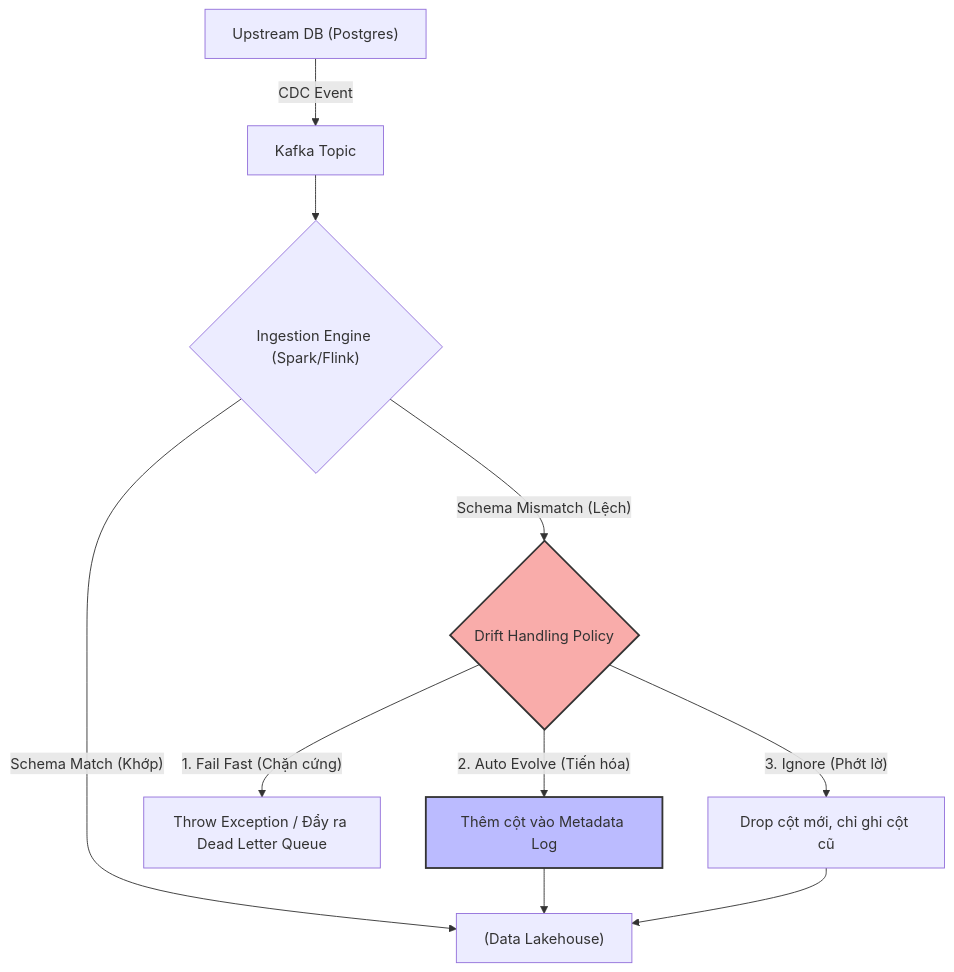
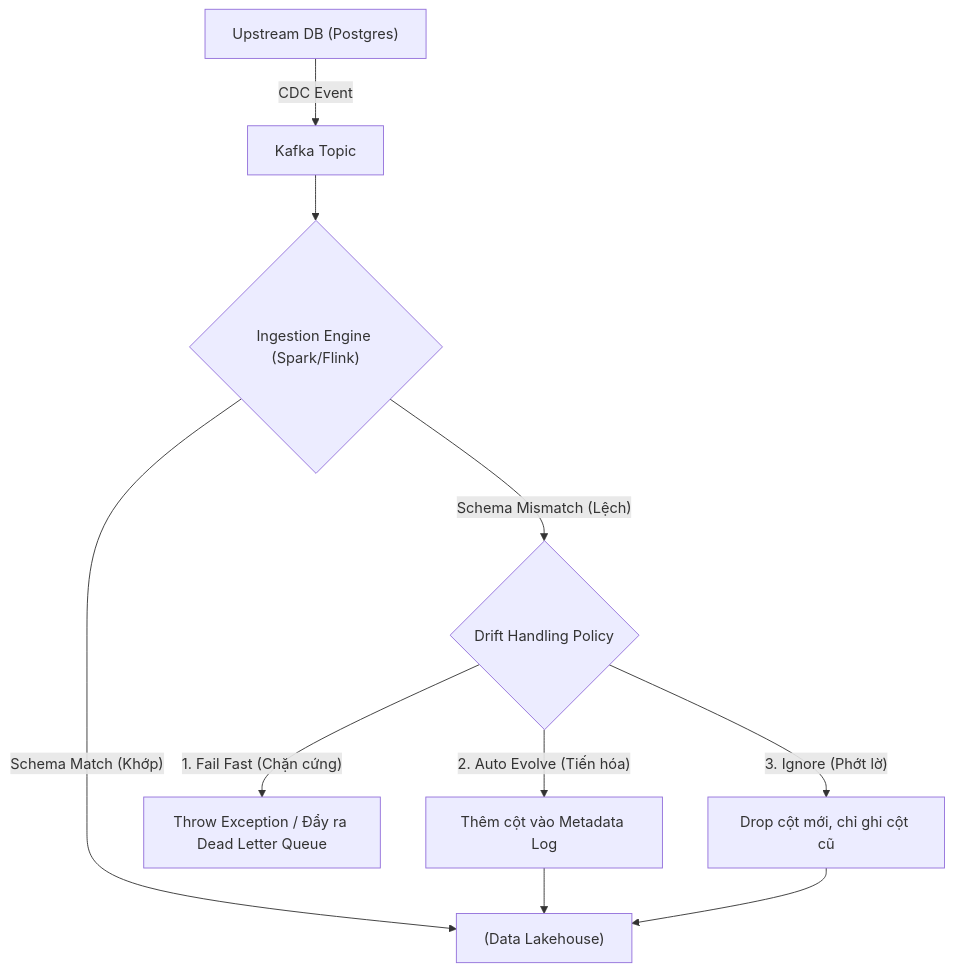
One commit to kythuatdulieu/kythuatdulieu.github.io changed the first of 2 diagrams in src/content/docs/concepts/7-dataops-orchestration-quality/schema-drift.md. Above: the diagram before and after it, drawn with Mermaid. The commit also changed 686 other files, not shown here.

````diff
--- a/src/content/docs/concepts/7-dataops-orchestration-quality/schema-drift.md
+++ b/src/content/docs/concepts/7-dataops-orchestration-quality/schema-drift.md
@@ -31,16 +31,15 @@
 ```mermaid
 flowchart TD
     A["Upstream DB (Postgres)"] -->|CDC Event| B["Kafka Topic"]
     B --> C{"Ingestion Engine (Spark/Flink)"}
     C -->|"Schema Match (Khớp)"| D["(Data Lakehouse)"]
     C -->|"Schema Mismatch (Lệch)"| E{"Drift Handling Policy"}
     
     E -->|"1. Fail Fast (Chặn cứng)"| F["Throw Exception / Đẩy ra Dead Letter Queue"]
     E -->|"2. Auto Evolve (Tiến hóa)"| G["Thêm cột vào Metadata Log"]
     G --> D
     E -->|"3. Ignore (Phớt lờ)"| H["Drop cột mới, chỉ ghi cột cũ"]
     H --> D
-    
-    style E fill:#f9acaa,stroke:#333,stroke-width:2px
-    style G fill:#bbf,stroke:#333,stroke-width:2px
+
+
 ```
````
